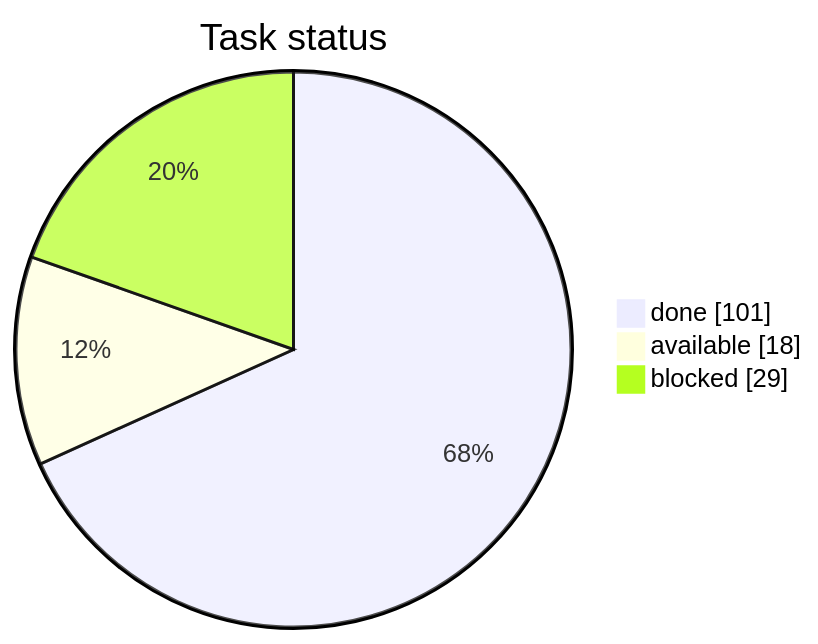
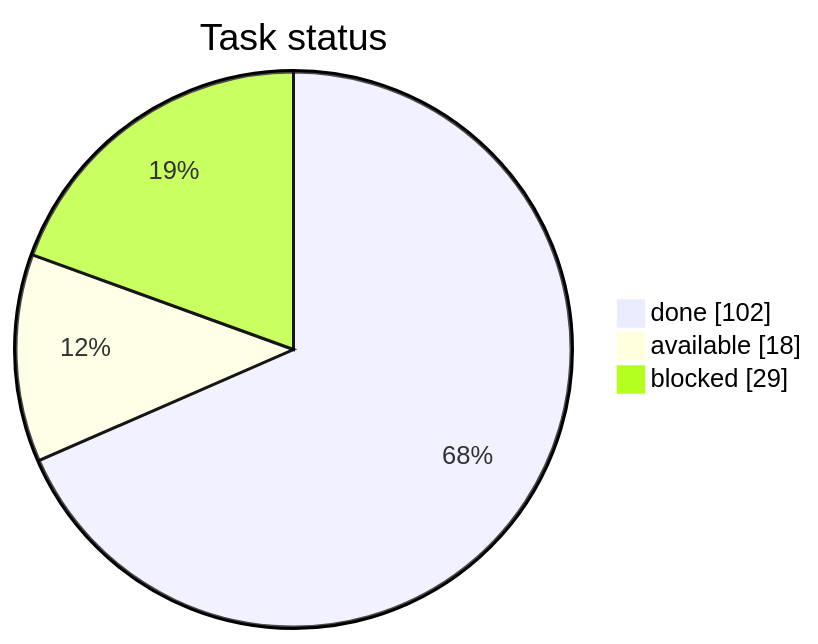
Before and after one commit to artemiiShabanov/RallyRivals: the first of 3 diagrams in STATUS.md, drawn with Mermaid. The commit also changed other lines of this file and 1 other file, not shown here.

Commit message:
tasks: mark code-race-grid done

````diff
--- a/STATUS.md
+++ b/STATUS.md
@@ -7,7 +7,7 @@
 ```mermaid
 pie showData
     title Task status
-    "done" : 101
+    "done" : 102
     "available" : 18
     "blocked" : 29
 ```
````
